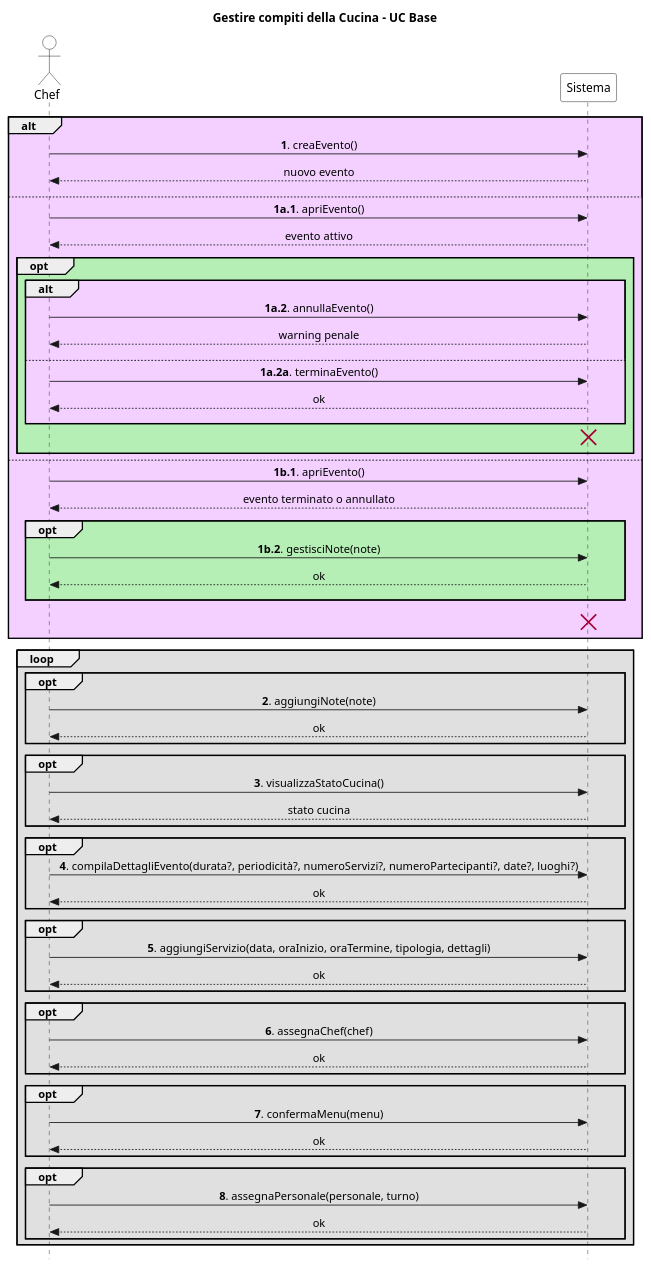
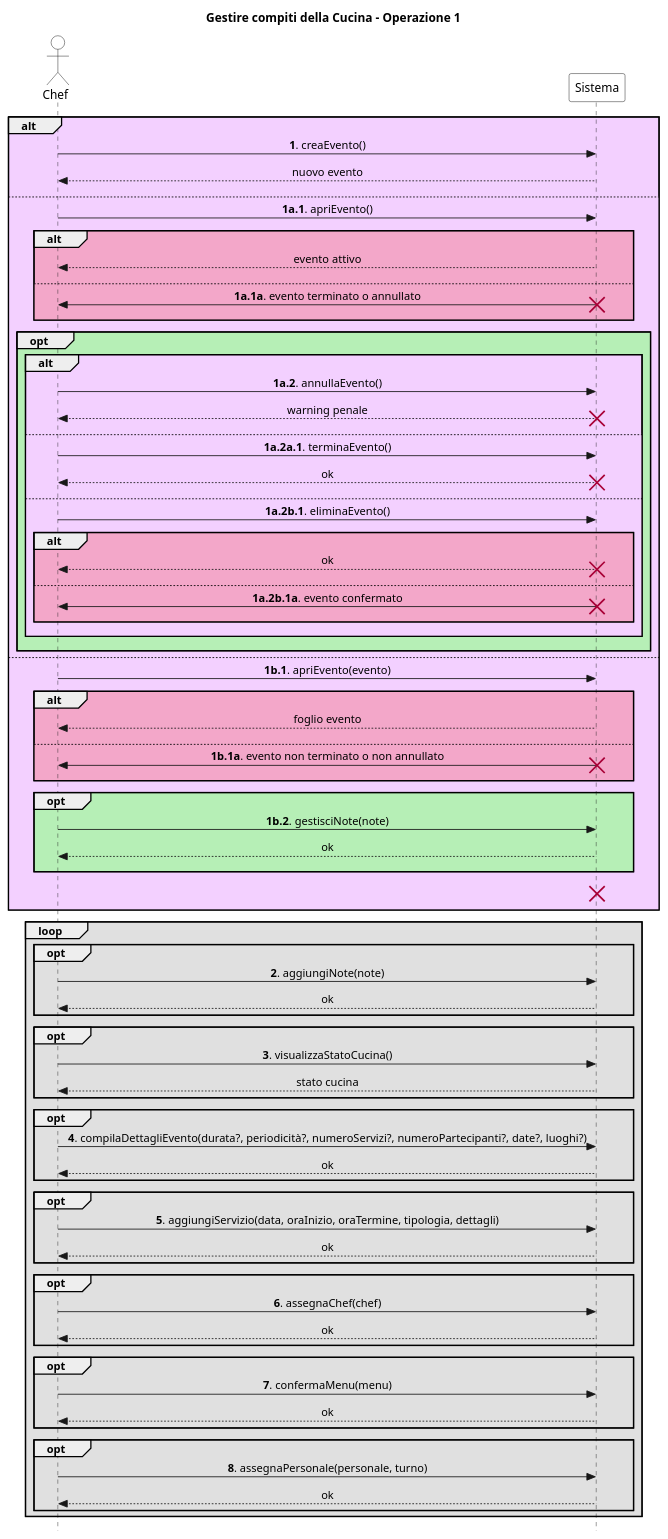
One commit to stefa168/sas-project changed the diagram in UC Gestire Eventi/SSD/Estensioni-Eccezioni Op1.puml. Above: the diagram before and after it, drawn with PlantUML.

Commit message:
Aggiunte le eccezioni

```diff
--- a/UC Gestire Eventi/SSD/Estensioni-Eccezioni Op1.puml
+++ b/UC Gestire Eventi/SSD/Estensioni-Eccezioni Op1.puml
@@ -1,93 +1,118 @@
 @startuml
 skinparam Style strictuml
 skinparam SequenceMessageAlign center
 
 skinparam sequence {
     ActorBorderColor Black
     ActorBackgroundColor White
     ParticipantBorderColor Black
     ParticipantBackgroundColor White
 }
 
 actor Chef
 participant Sistema
 
-title Gestire compiti della Cucina - UC Base
+title Gestire compiti della Cucina - Operazione 1
 
 alt #f3d0ff
     Chef -> Sistema: **1**. creaEvento()
     return nuovo evento
     ||10||
 else
     Chef -> Sistema: **1a.1**. apriEvento()
-    return evento attivo
+    alt #f3a7c9
+        return evento attivo
+        ||10||
+    else
+        Chef <- Sistema: **1a.1a**. evento terminato o annullato
+        destroy Sistema
+        ||10||
+    end
 
     opt #b6efb6
         alt #f3d0ff
             Chef -> Sistema: **1a.2**. annullaEvento()
             return warning penale
-'            destroy Sistema
+            destroy Sistema
             ||10||
         else
-            Chef -> Sistema: **1a.2a**. terminaEvento()
+            Chef -> Sistema: **1a.2a.1**. terminaEvento()
             return ok
-'            destroy Sistema
+            destroy Sistema
+            ||10||
+        else
+            Chef -> Sistema: **1a.2b.1**. eliminaEvento()
+            alt #f3a7c9
+                return ok
+                destroy Sistema
+                ||10||
+            else
+               Chef <- Sistema: **1a.2b.1a**. evento confermato
+               destroy Sistema
+               ||10||
+            end
             ||10||
         end
         ' non abbiamo modo di modificare il colore della X
+        ||10||
+    end
+else
+    Chef -> Sistema: **1b.1**. apriEvento(evento)
+    alt #f3a7c9
+        return foglio evento
+        ||10||
+    else
+        Chef <- Sistema: **1b.1a**. evento non terminato o non annullato
         destroy Sistema
         ||10||
     end
-else
-    Chef -> Sistema: **1b.1**. apriEvento()
-    return evento terminato o annullato
 
     opt #b6efb6
         Chef -> Sistema: **1b.2**. gestisciNote(note)
         return ok
         ||10||
     end
 
     ||10||
     destroy Sistema
 '    note over Chef, Sistema #fff: Il caso d'uso termina.
     ||10||
 end
 
 loop #e0e0e0
     opt #e0e0e0
         Chef -> Sistema: **2**. aggiungiNote(note)
         return ok
     end
 
     opt #e0e0e0
         Chef -> Sistema: **3**. visualizzaStatoCucina()
         return stato cucina
     end
 
     opt #e0e0e0
         Chef -> Sistema: **4**. compilaDettagliEvento(durata?, periodicità?, numeroServizi?, numeroPartecipanti?, date?, luoghi?)
         return ok
     end
 
     opt #e0e0e0
         Chef -> Sistema: **5**. aggiungiServizio(data, oraInizio, oraTermine, tipologia, dettagli)
         return ok
     end
 
     opt #e0e0e0
         Chef -> Sistema: **6**. assegnaChef(chef)
         return ok
     end
 
     opt #e0e0e0
         Chef -> Sistema: **7**. confermaMenu(menu)
         return ok
     end
 
     opt #e0e0e0
         Chef -> Sistema: **8**. assegnaPersonale(personale, turno)
         return ok
     end
 end
 @enduml
```
